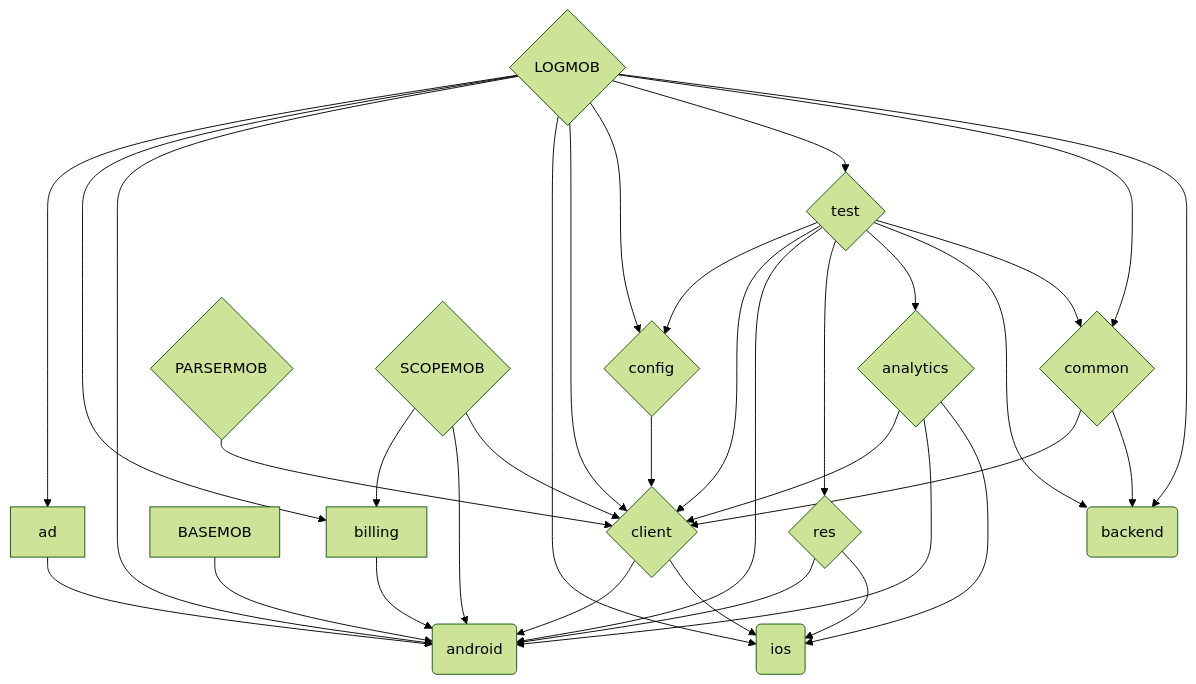
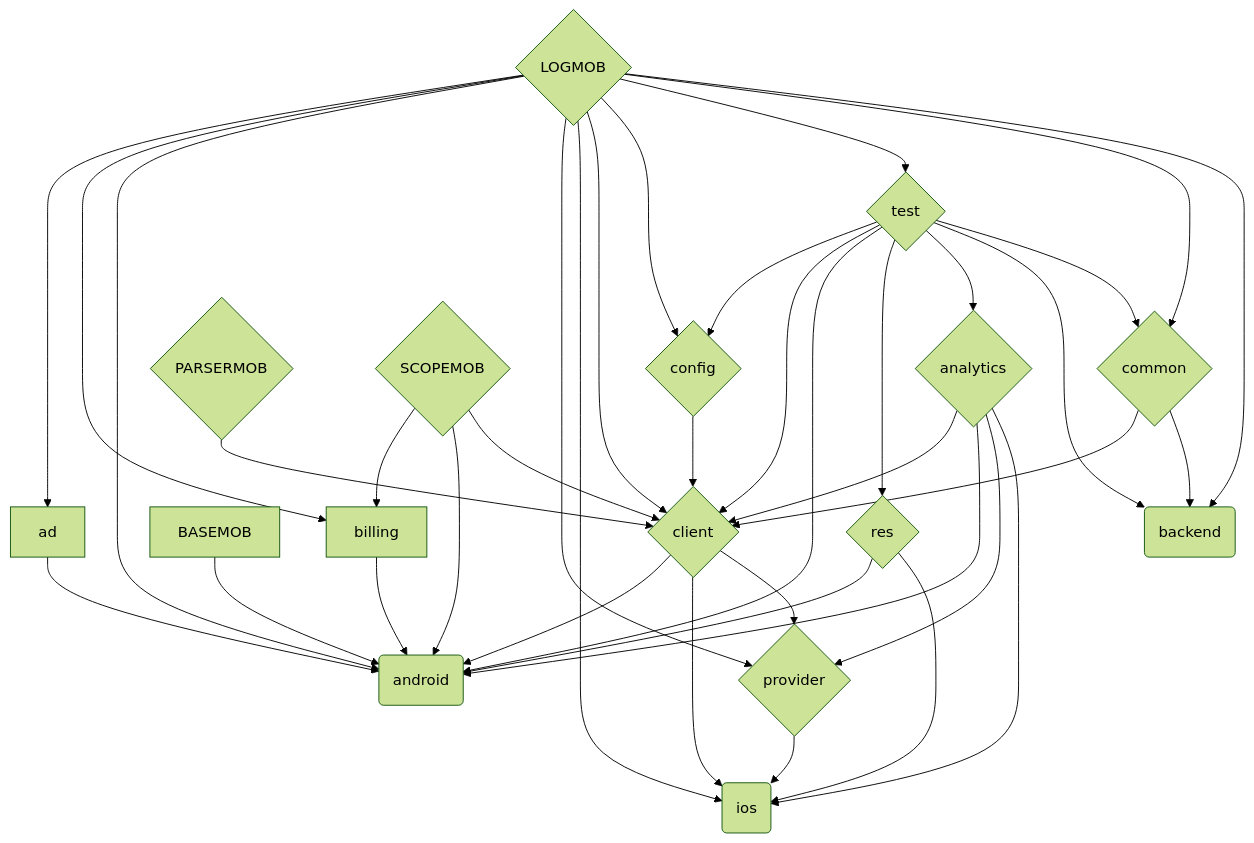
Before and after one commit to Oztechan/CCC: the first of 3 diagrams in README.md, drawn with Mermaid (forest theme).

Commit message:
[#1210] Update Readme.MD with provider module

````diff
--- a/README.md
+++ b/README.md
@@ -28,66 +28,72 @@
 ```mermaid
 graph TD;
 
 ad-->android
 
 billing-->android
 
 BASEMOB --> android
 
 test --> config
 test --> client
 test --> android
 test --> res
 test --> analytics
 test --> backend
 test --> common
 
 PARSERMOB --> client
 
 SCOPEMOB --> billing
 SCOPEMOB --> android
 SCOPEMOB --> client
 
 config-->client
 
 analytics-->client
 analytics --> android
+analytics --> provider
 analytics --> ios
 
 client-->android
-client-->ios
+client --> ios
+client-->provider
+
+provider --> ios
 
 res-->android
 res-->ios
 
 LOGMOB --> ad
 LOGMOB --> billing
 LOGMOB --> android
+LOGMOB --> provider
 LOGMOB --> ios
 LOGMOB --> client
 LOGMOB --> config
 LOGMOB --> test
 LOGMOB --> common
 LOGMOB --> backend
 
 common-->client
 common-->backend
 
 LOGMOB{LOGMOB}
 test{test}
 analytics{analytics}
 common{common}
 client{client}
 SCOPEMOB{SCOPEMOB}
 config{config}
 res{res}
 PARSERMOB{PARSERMOB}
+provider{provider}
 
 ad
 billing
 BASEMOB
 
 android(android)
 ios(ios)
 backend(backend)
 ```
````
